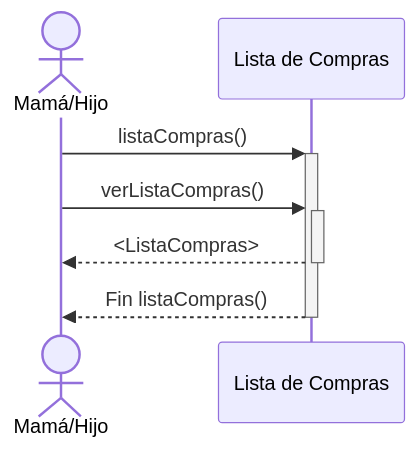
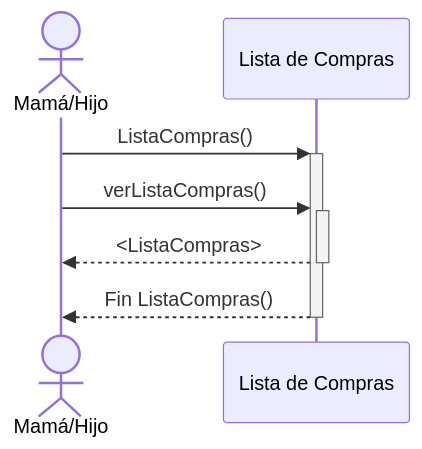
One commit to LocoUnPocoNadaMas/Lista-Compras changed the seventh of 11 diagrams in README.md. Above: the diagram before and after it, drawn with Mermaid. The commit also changed other lines of this file, not shown here.

````diff
--- a/README.md
+++ b/README.md
@@ -647,8 +654,8 @@
 ```mermaid
 sequenceDiagram
     Actor A as Mamá/Hijo
-    A->>+Lista de Compras: listaCompras()
+    A->>+Lista de Compras: ListaCompras()
     A->>+Lista de Compras: verListaCompras()
     Lista de Compras-->>-A: <ListaCompras>
-    Lista de Compras-->>-A: Fin listaCompras()
+    Lista de Compras-->>-A: Fin ListaCompras()
 ```
````
